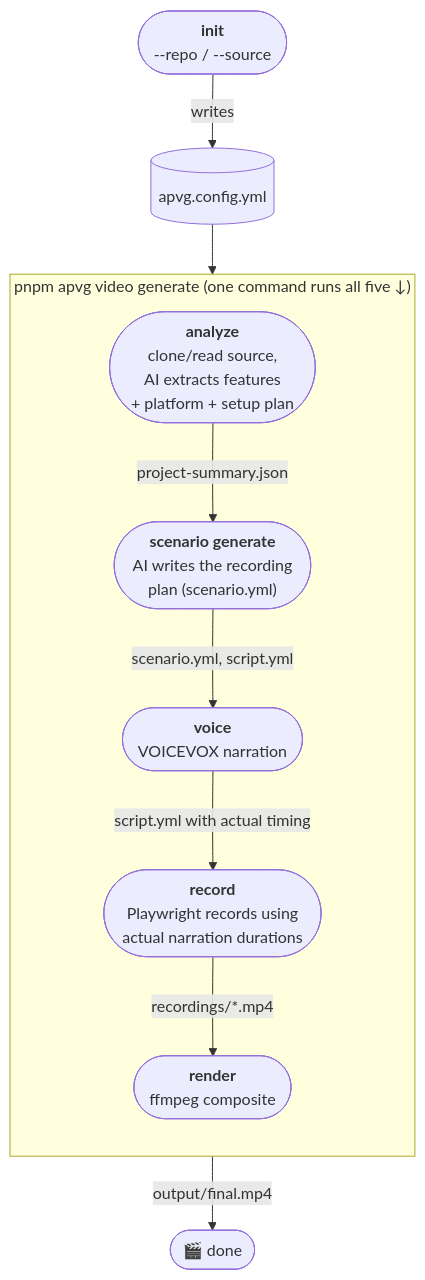
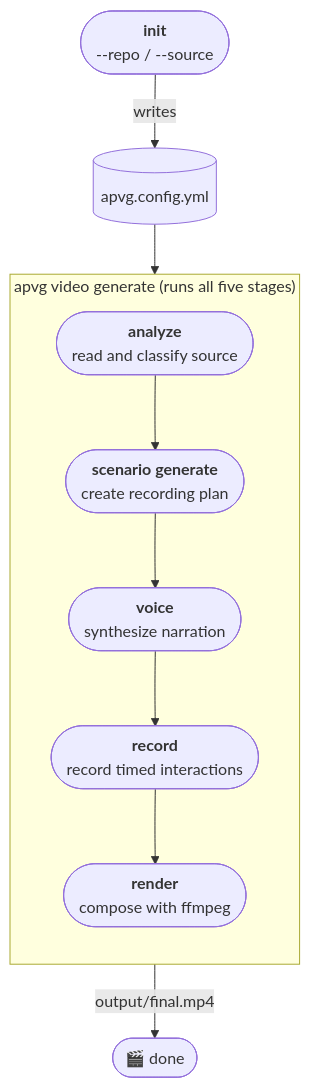
One commit to TakuKobayashi/auto-product-video-generator changed the diagram in README.md. Above: the diagram before and after it, drawn with Mermaid. The commit also changed other lines of this file and 1 other file, not shown here.

````diff
--- a/README.md
+++ b/README.md
@@ -168,20 +198,15 @@
 ```mermaid
 flowchart TD
     init(["<b>init</b><br/>--repo / --source"]) -->|writes| cfg[(apvg.config.yml)]
-
-    subgraph build["pnpm apvg video generate  (one command runs all five ↓)"]
+    subgraph build["apvg video generate (runs all five stages)"]
         direction TB
-        analyze(["<b>analyze</b><br/>clone/read source,<br/>AI extracts features<br/>+ platform + setup plan"])
-        scenario(["<b>scenario generate</b><br/>AI writes the recording<br/>plan (scenario.yml)"])
-        voice(["<b>voice</b><br/>VOICEVOX narration"])
-        record(["<b>record</b><br/>Playwright records using<br/>actual narration durations"])
-        render(["<b>render</b><br/>ffmpeg composite"])
-        analyze -->|project-summary.json| scenario
-        scenario -->|scenario.yml, script.yml| voice
-        voice -->|script.yml with actual timing| record
-        record -->|recordings/*.mp4| render
+        analyze(["<b>analyze</b><br/>read and classify source"])
+        scenario(["<b>scenario generate</b><br/>create recording plan"])
+        voice(["<b>voice</b><br/>synthesize narration"])
+        record(["<b>record</b><br/>record timed interactions"])
+        render(["<b>render</b><br/>compose with ffmpeg"])
+        analyze --> scenario --> voice --> record --> render
     end
-
     cfg --> analyze
     render -->|output/final.mp4| done(["🎬 done"])
 ```
````
